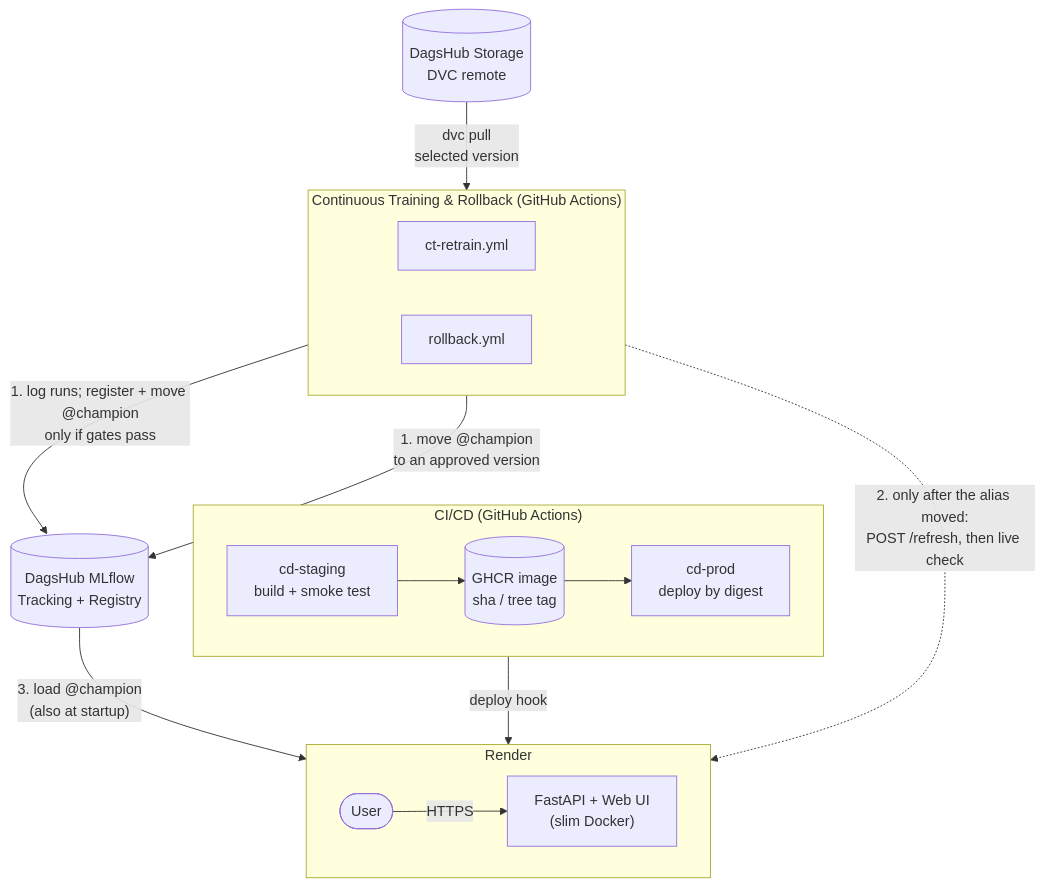
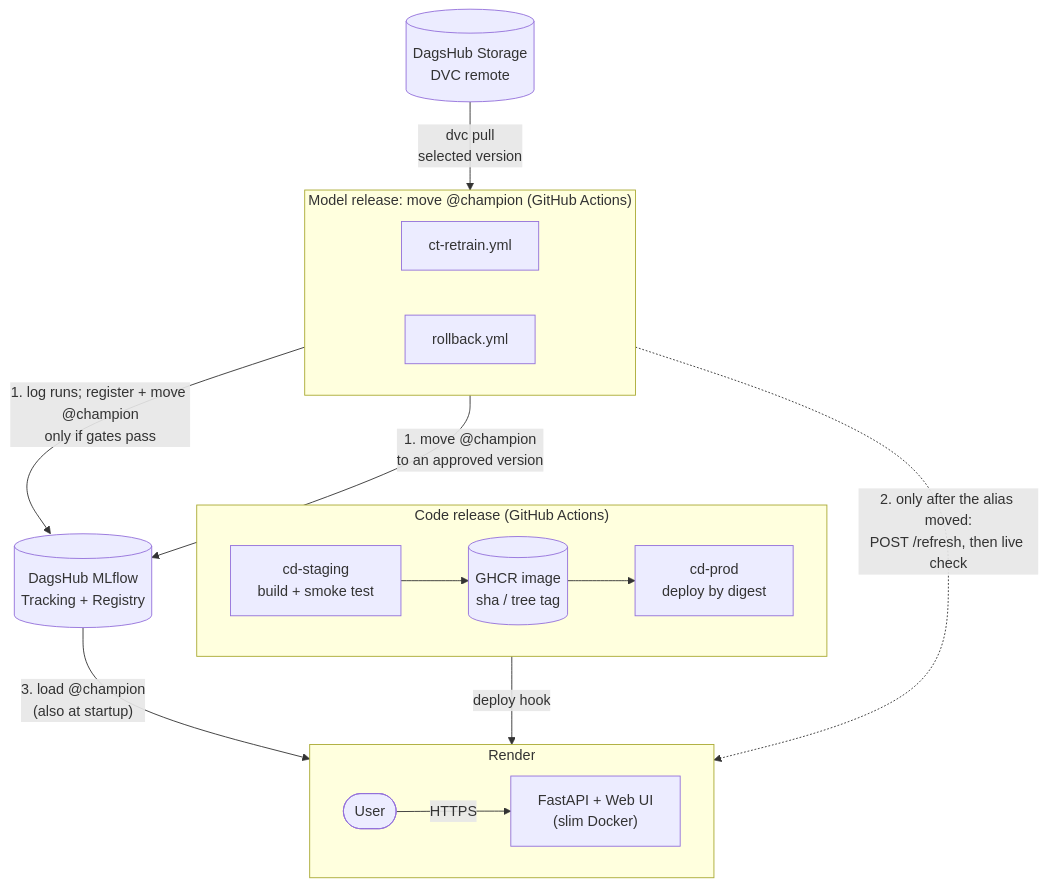
One commit to ChenAuCarre/enercast-mlops changed the first of 2 diagrams in README.md. Above: the diagram before and after it, drawn with Mermaid. The commit also changed other lines of this file and 3 other files, not shown here.

Commit message:
docs: add diagrams for branch flow, CT decisions, model refresh and data splits

````diff
--- a/README.md
+++ b/README.md
@@ -11,23 +11,23 @@
 ```mermaid
 flowchart TB
     DVC[("DagsHub Storage<br/>DVC remote")]
-    subgraph Training["Continuous Training & Rollback (GitHub Actions)"]
+    subgraph Training["Model release: move @champion (GitHub Actions)"]
         direction LR
         CT["ct-retrain.yml"]
         RB["rollback.yml"]
     end
     DVC -- "dvc pull<br/>selected version" --> CT
     CT -- "1. log runs; register + move @champion<br/>only if gates pass" --> MLF[("DagsHub MLflow<br/>Tracking + Registry")]
     RB -- "1. move @champion<br/>to an approved version" --> MLF
-    subgraph Delivery["CI/CD (GitHub Actions)"]
+    subgraph Delivery["Code release (GitHub Actions)"]
         direction LR
         STG["cd-staging<br/>build + smoke test"] --> GHCR[("GHCR image<br/>sha / tree tag")] --> PROD["cd-prod<br/>deploy by digest"]
     end
     subgraph Serving["Render"]
         direction LR
         User(["User"]) -- HTTPS --> API["FastAPI + Web UI<br/>(slim Docker)"]
     end
     PROD -- "deploy hook" --> API
     MLF -- "3. load @champion<br/>(also at startup)" --> API
     Training -. "2. only after the alias moved:<br/>POST /refresh, then live check" .-> API
 ```
````
